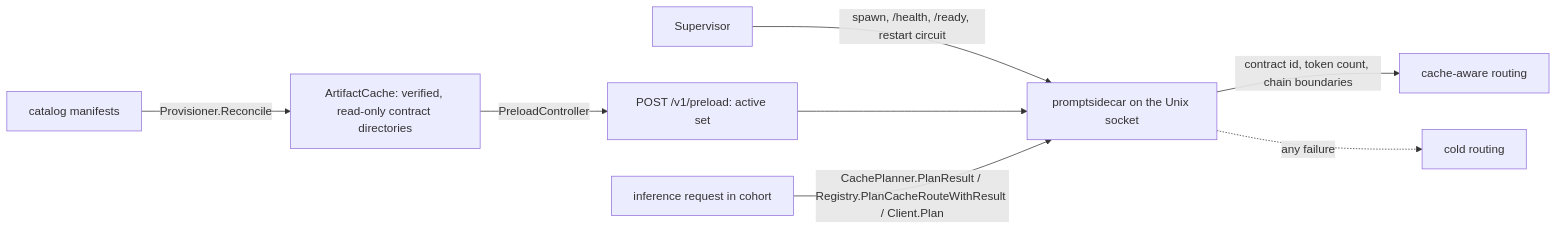
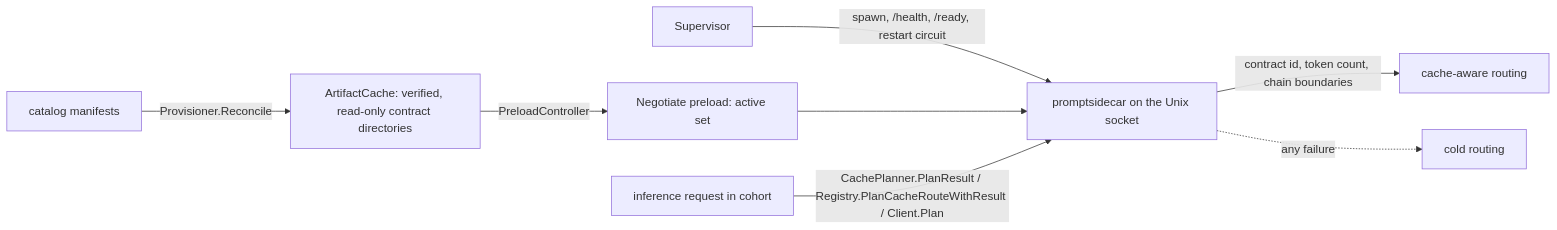
The diagram in docs/architecture/prompt-contract-sidecar.md (Layr-Labs/d-inference), drawn with Mermaid before and after one commit. The commit also changed other lines of this file and 72 other files, not shown here.

First line of the commit message:
fix(cache): select a bounded tokenizer preload set (#1214)

````diff
--- a/docs/architecture/prompt-contract-sidecar.md
+++ b/docs/architecture/prompt-contract-sidecar.md
@@ -58,10 +58,10 @@
 ```mermaid
 flowchart LR
     CAT[catalog manifests] -- Provisioner.Reconcile --> AC[ArtifactCache: verified, read-only contract directories]
-    AC -- PreloadController --> PRE[POST /v1/preload: active set]
+    AC -- PreloadController --> PRE[Negotiate preload: active set]
     SUP[Supervisor] -- spawn, /health, /ready, restart circuit --> SC[promptsidecar on the Unix socket]
     PRE --> SC
     REQ[inference request in cohort] -- CachePlanner.PlanResult / Registry.PlanCacheRouteWithResult / Client.Plan --> SC
     SC -- contract id, token count, chain boundaries --> ROUTE[cache-aware routing]
     SC -. any failure .-> COLD[cold routing]
 ```
````
